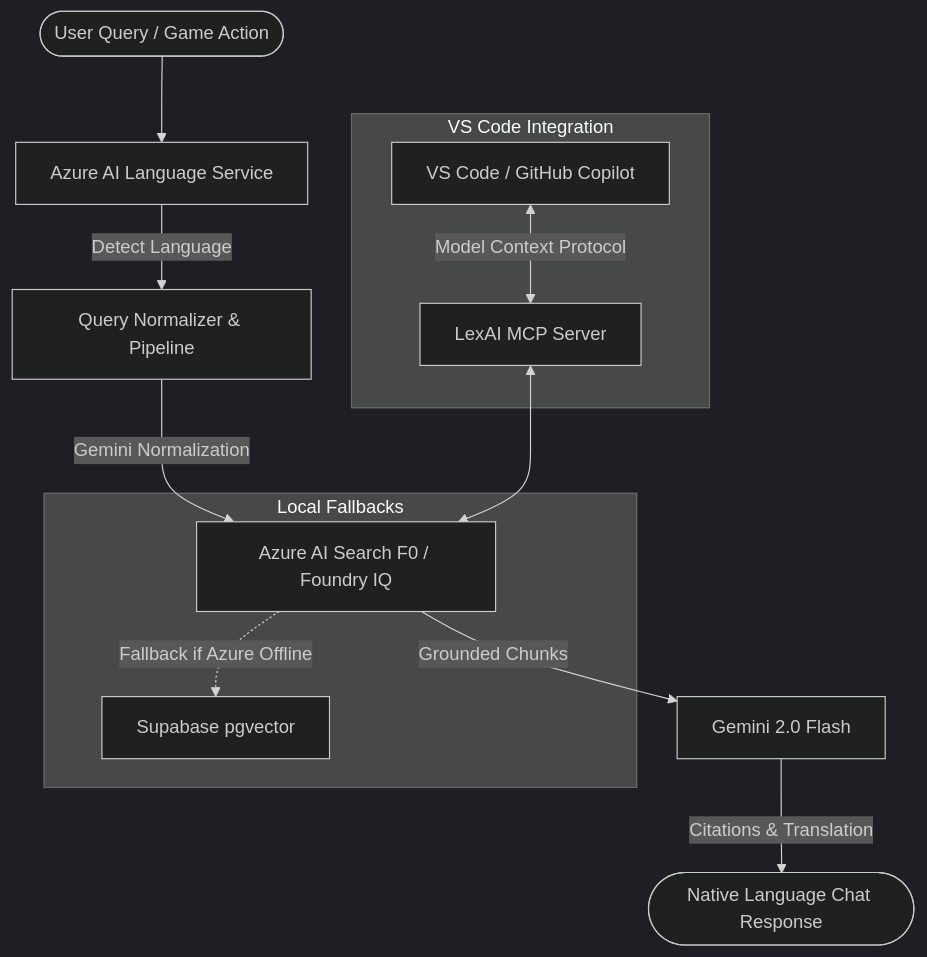
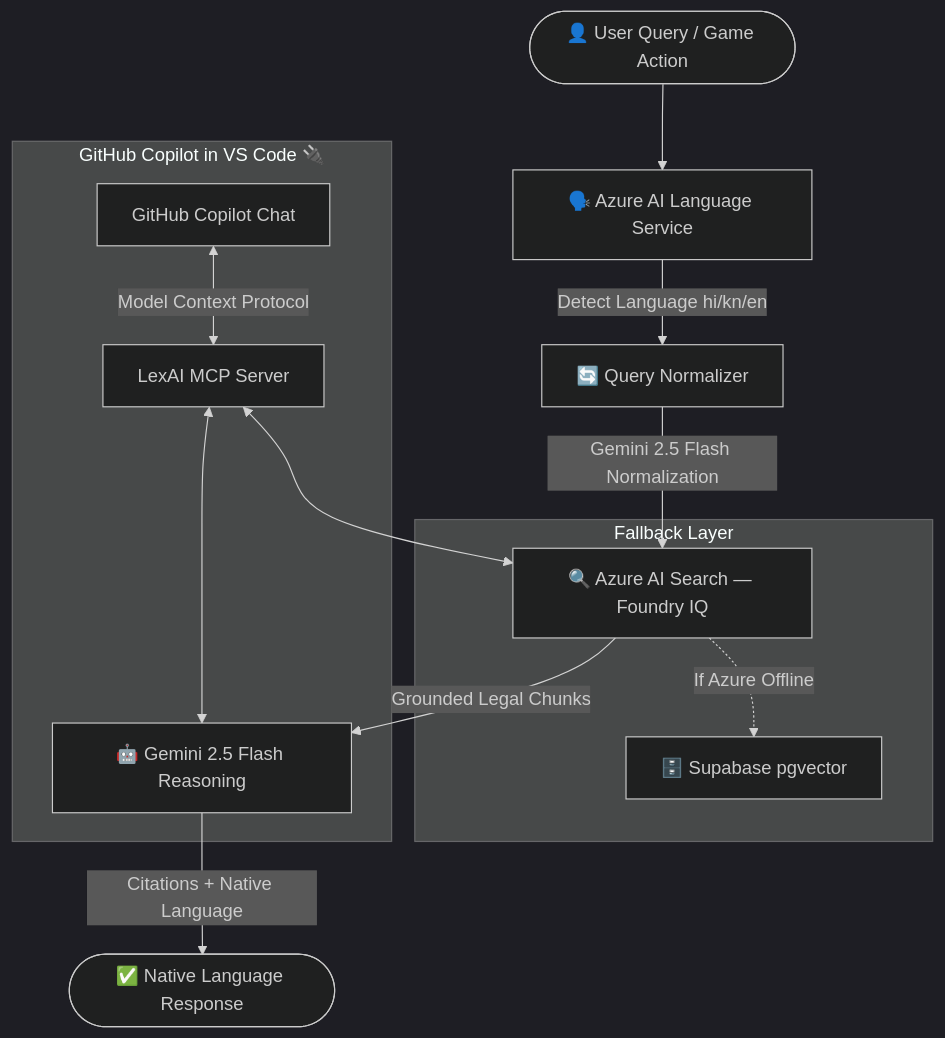
Before and after one commit to Josna-01/lexai: the diagram in README.md, drawn with Mermaid (dark theme). The commit also changed other lines of this file and 20 other files, not shown here.

````diff
--- a/README.md
+++ b/README.md
@@ -42,17 +121,18 @@
 ```mermaid
 graph TD
-    User([User Query / Game Action]) --> Lang[Azure AI Language Service]
-    Lang -->|Detect Language| Pipeline[Query Normalizer & Pipeline]
-    Pipeline -->|Gemini Normalization| Search[Azure AI Search F0 / Foundry IQ]
-    Search -->|Grounded Chunks| Reasoning[Gemini 2.0 Flash]
-    Reasoning -->|Citations & Translation| ChatResponse([Native Language Chat Response])
+    User([👤 User Query / Game Action]) --> Lang[🗣️ Azure AI Language Service]
+    Lang -->|Detect Language hi/kn/en| Pipeline[🔄 Query Normalizer]
+    Pipeline -->|Gemini 2.5 Flash Normalization| Search[🔍 Azure AI Search — Foundry IQ]
+    Search -->|Grounded Legal Chunks| Reasoning[🤖 Gemini 2.5 Flash Reasoning]
+    Reasoning -->|Citations + Native Language| ChatResponse([✅ Native Language Response])
 
-    subgraph "Local Fallbacks"
-        Search -.->|Fallback if Azure Offline| Supa[Supabase pgvector]
+    subgraph "Fallback Layer"
+        Search -.->|If Azure Offline| Supa[🗄️ Supabase pgvector]
     end
-    
-    subgraph "VS Code Integration"
-        VS[VS Code / GitHub Copilot] <-->|Model Context Protocol| MCP[LexAI MCP Server]
+
+    subgraph "GitHub Copilot in VS Code 🔌"
+        VS[GitHub Copilot Chat] <-->|Model Context Protocol| MCP[LexAI MCP Server]
         MCP <--> Search
+        MCP <--> Reasoning
     end
 ```
````
